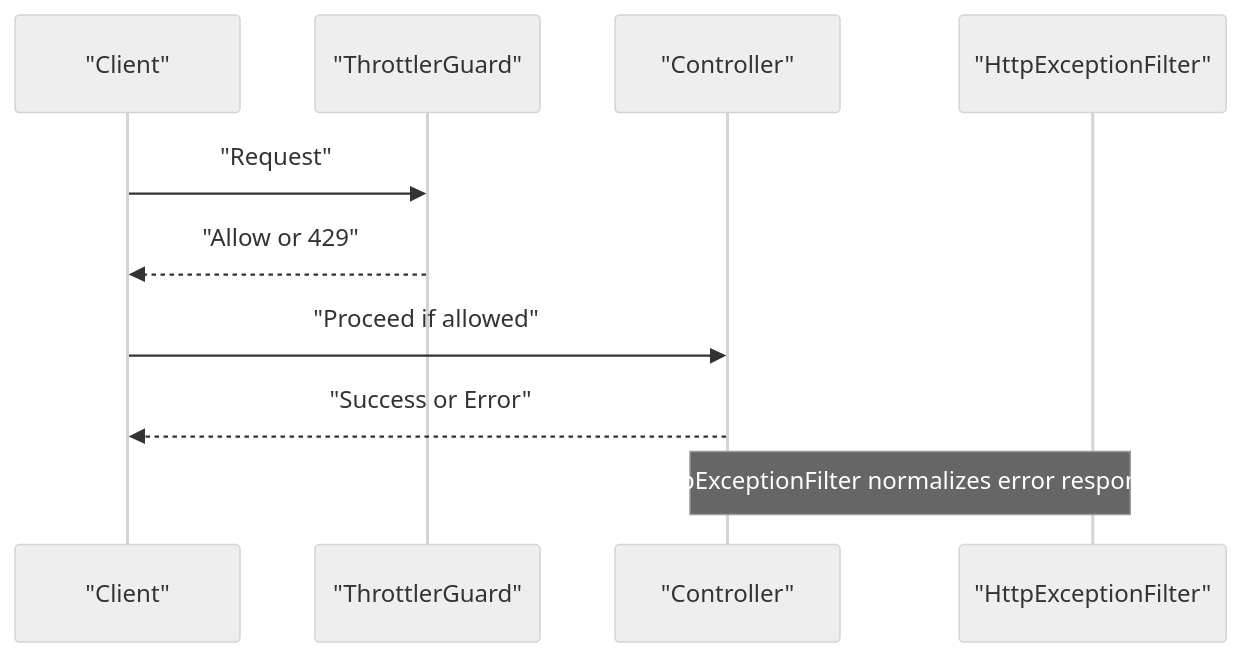
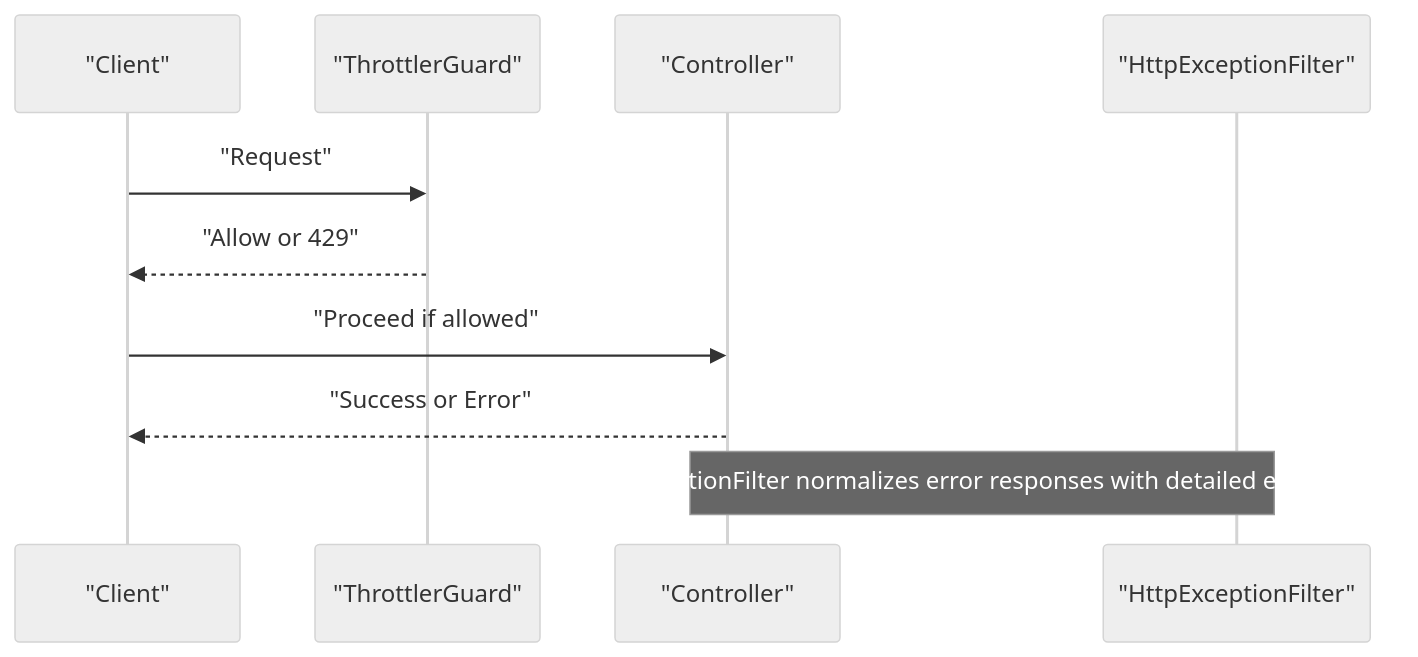
One commit to Avi-Bendetsky/Quiz-to-build changed the fifth of 8 diagrams in .qoder/repowiki/en/content/Advanced Topics/Security Hardening.md. Above: the diagram before and after it, drawn with Mermaid (neutral theme). The commit also changed other lines of this file and 41 other files, not shown here.

````diff
--- a/.qoder/repowiki/en/content/Advanced Topics/Security Hardening.md
+++ b/.qoder/repowiki/en/content/Advanced Topics/Security Hardening.md
@@ -223,12 +292,12 @@
 ```mermaid
 sequenceDiagram
 participant Client as "Client"
 participant Throttler as "ThrottlerGuard"
 participant Controller as "Controller"
 participant Filter as "HttpExceptionFilter"
 Client->>Throttler : "Request"
 Throttler-->>Client : "Allow or 429"
 Client->>Controller : "Proceed if allowed"
 Controller-->>Client : "Success or Error"
-Note over Controller,Filter : "HttpExceptionFilter normalizes error responses"
+Note over Controller,Filter : "HttpExceptionFilter normalizes error responses with detailed error codes"
 ```
````
